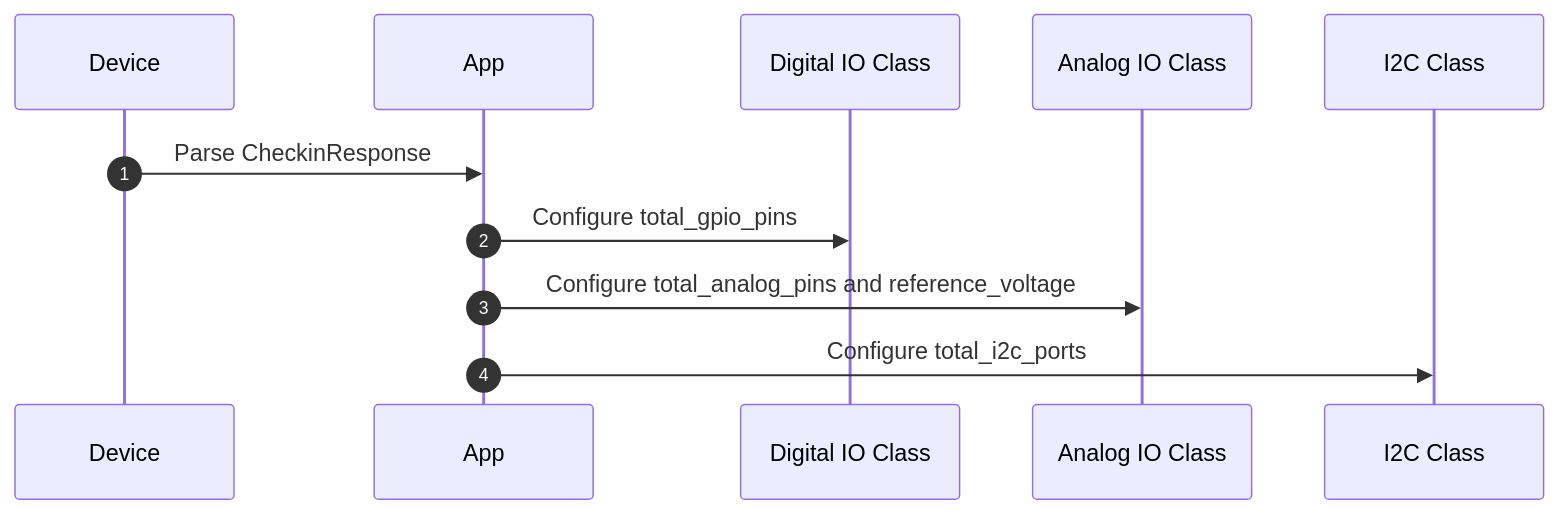
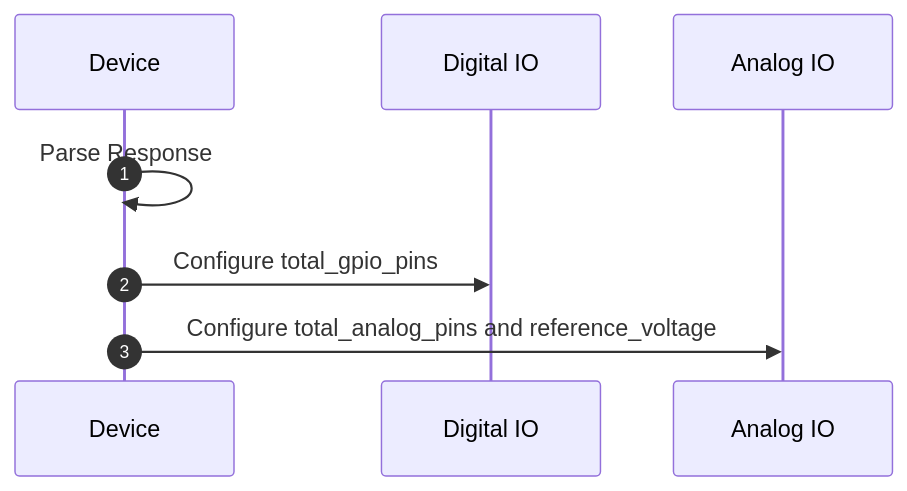
The second of 3 diagrams in proto/wippersnapper/docs/checkin.md (adafruit/Wippersnapper_Protobuf), drawn with Mermaid before and after one commit. The commit also changed other lines of this file and 10 other files, not shown here.

````diff
--- a/proto/wippersnapper/docs/checkin.md
+++ b/proto/wippersnapper/docs/checkin.md
@@ -35,8 +81,7 @@
 ```mermaid
 sequenceDiagram
 autonumber
-Device->>App: Parse CheckinResponse
-App->>Digital IO Class: Configure total_gpio_pins 
-App->>Analog IO Class: Configure total_analog_pins and reference_voltage 
-App->>I2C Class: Configure total_i2c_ports
+Device->>Device: Parse Response
+Device->>Digital IO: Configure total_gpio_pins
+Device->>Analog IO: Configure total_analog_pins and reference_voltage
 ```
````
